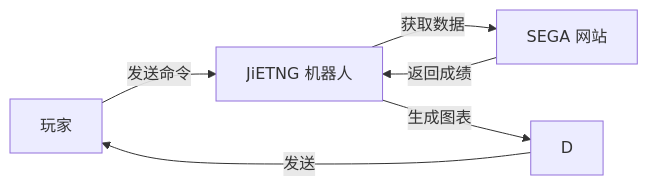
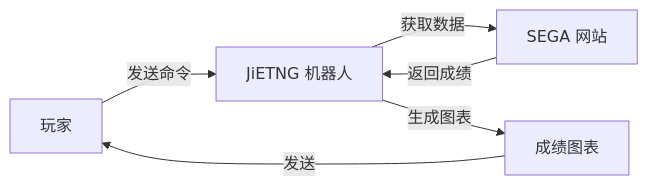
The diagram in docs/guide/introduction.md (Matsuk1/JiETNG-maimai-dx-bot), drawn with Mermaid before and after one commit. The commit also changed 4 other files, not shown here.

````diff
--- a/docs/guide/introduction.md
+++ b/docs/guide/introduction.md
@@ -61,8 +61,8 @@
 ```mermaid
 graph LR
     A[玩家] -->|发送命令| B[JiETNG 机器人]
     B -->|获取数据| C[SEGA 网站]
     C -->|返回成绩| B
-    B -->|生成图表| D
+    B -->|生成图表| D[成绩图表]
     D -->|发送| A
 ```
````
